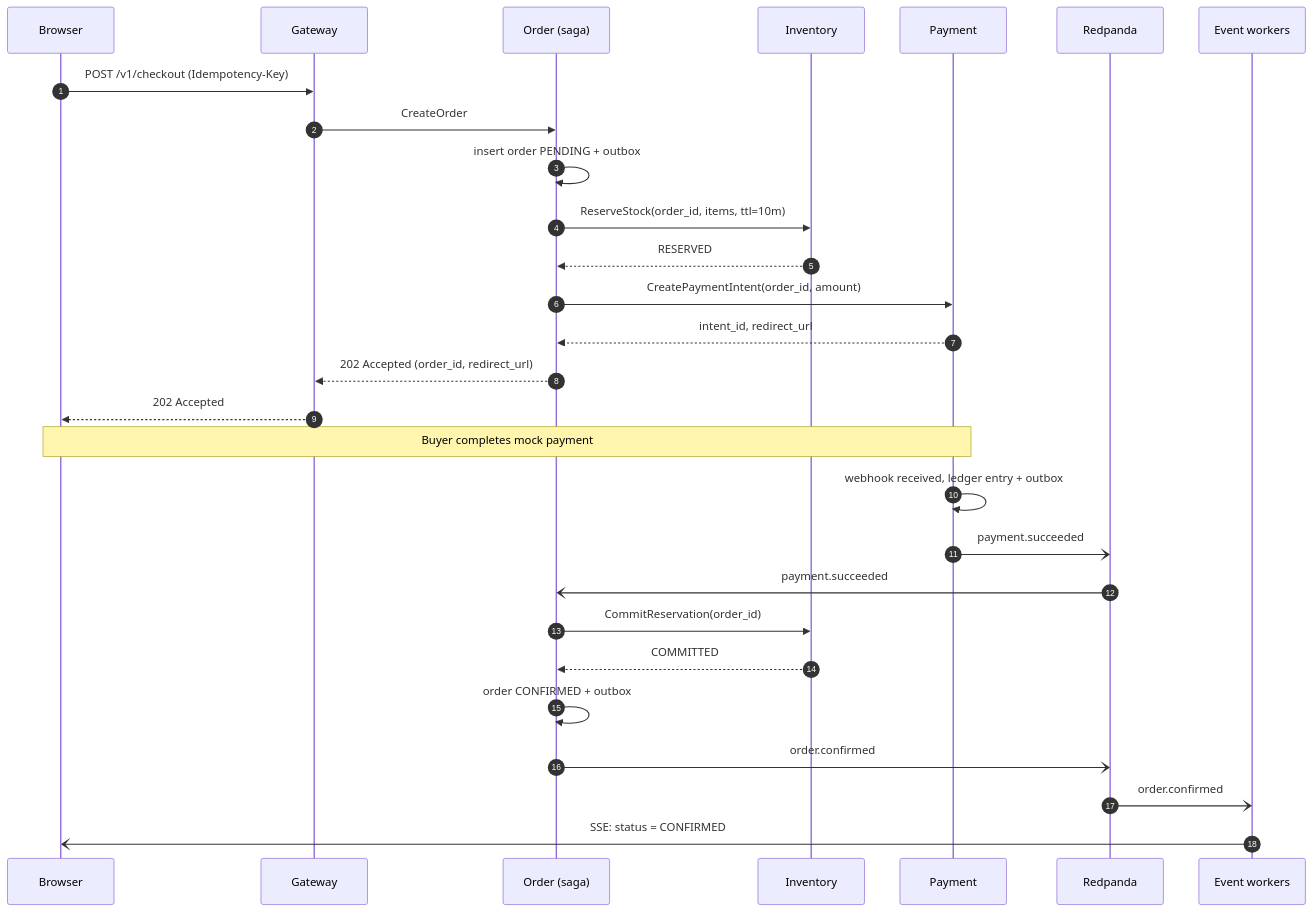
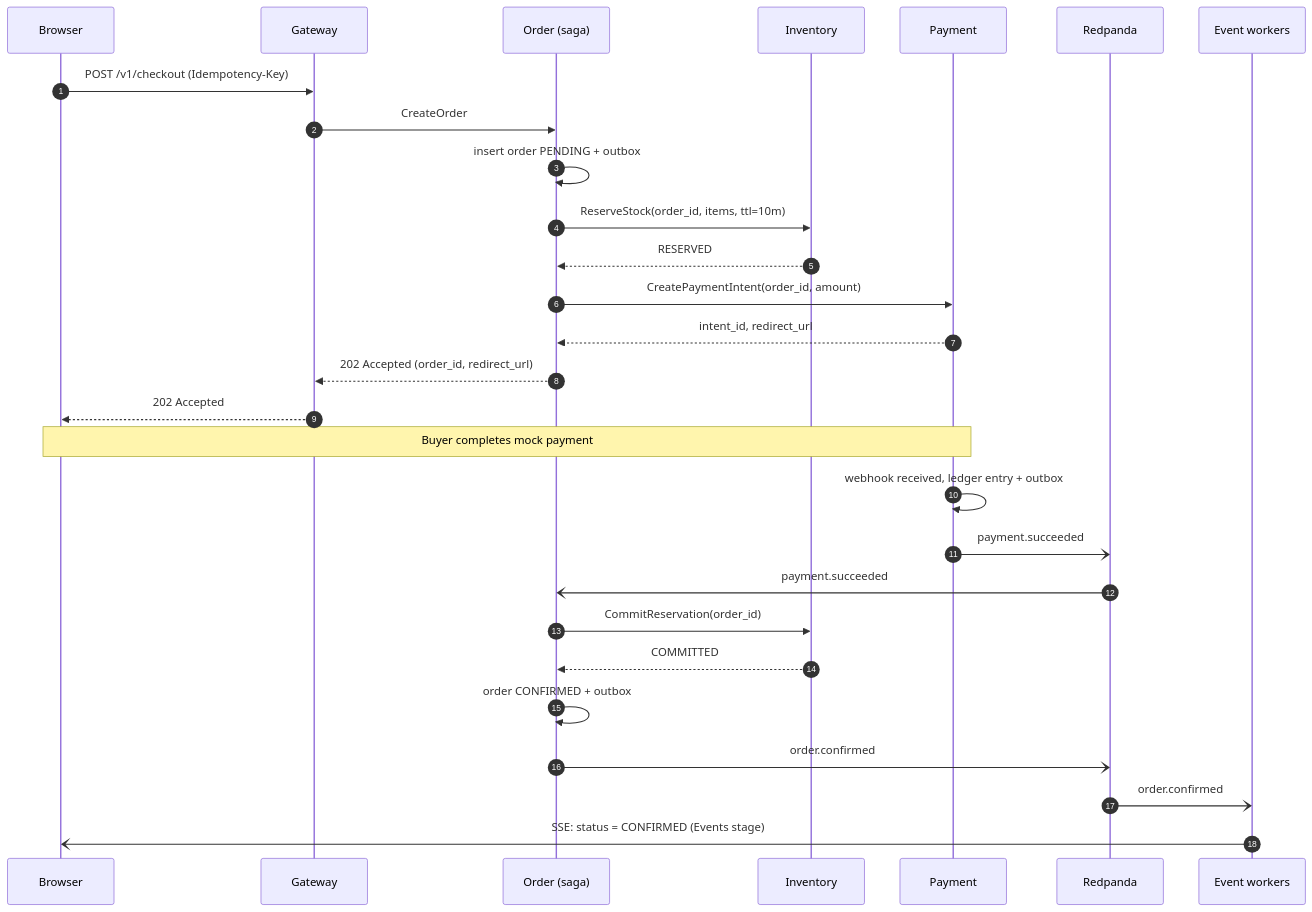
Before and after one commit to rizkyr99/sagamart: the third of 5 diagrams in docs/architecture/system-design.md, drawn with Mermaid. The commit also changed other lines of this file and 1 other file, not shown here.

````diff
--- a/docs/architecture/system-design.md
+++ b/docs/architecture/system-design.md
@@ -151,31 +151,31 @@
 ```mermaid
 sequenceDiagram
     autonumber
     participant B as Browser
     participant G as Gateway
     participant O as Order (saga)
     participant I as Inventory
     participant P as Payment
     participant K as Redpanda
     participant W as Event workers
 
     B->>G: POST /v1/checkout (Idempotency-Key)
     G->>O: CreateOrder
     O->>O: insert order PENDING + outbox
     O->>I: ReserveStock(order_id, items, ttl=10m)
     I-->>O: RESERVED
     O->>P: CreatePaymentIntent(order_id, amount)
     P-->>O: intent_id, redirect_url
     O-->>G: 202 Accepted (order_id, redirect_url)
     G-->>B: 202 Accepted
     Note over B,P: Buyer completes mock payment
     P->>P: webhook received, ledger entry + outbox
     P-)K: payment.succeeded
     K-)O: payment.succeeded
     O->>I: CommitReservation(order_id)
     I-->>O: COMMITTED
     O->>O: order CONFIRMED + outbox
     O-)K: order.confirmed
     K-)W: order.confirmed
-    W-)B: SSE: status = CONFIRMED
+    W-)B: SSE: status = CONFIRMED (Events stage)
 ```
````
